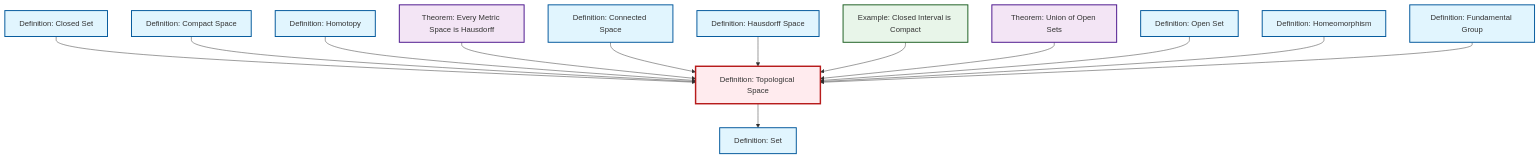
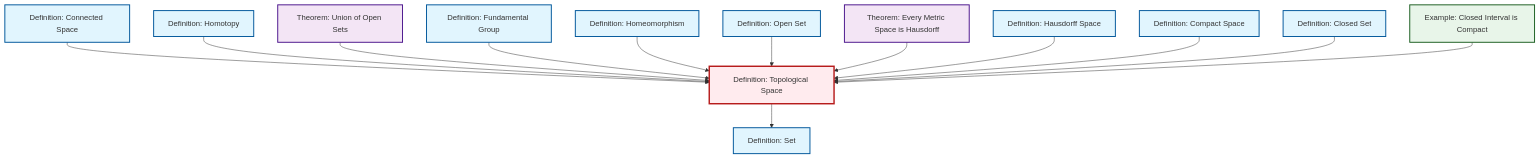
One commit to RK0429/ModernMath changed the diagram in content/en/topology/def-topological-space.qmd. Above: the diagram before and after it, drawn with Mermaid. The commit also changed other lines of this file and 672 other files, not shown here.

````diff
--- a/content/en/topology/def-topological-space.qmd
+++ b/content/en/topology/def-topological-space.qmd
@@ -60,47 +60,47 @@
 ```{mermaid}
 %%| fig-cap: "Local dependency graph"
 graph TD
     classDef definition fill:#e1f5fe,stroke:#01579b,stroke-width:2px
     classDef theorem fill:#f3e5f5,stroke:#4a148c,stroke-width:2px
     classDef axiom fill:#fff3e0,stroke:#e65100,stroke-width:2px
     classDef example fill:#e8f5e9,stroke:#1b5e20,stroke-width:2px
     classDef current fill:#ffebee,stroke:#b71c1c,stroke-width:3px
+    def-set["Definition: Set"]:::definition
+    def-topological-space["Definition: Topological Space"]:::definition
+    def-compact["Definition: Compact Space"]:::definition
+    def-homeomorphism["Definition: Homeomorphism"]:::definition
+    def-closed-set["Definition: Closed Set"]:::definition
+    thm-metric-hausdorff["Theorem: Every Metric Space is Hausdorff"]:::theorem
+    thm-union-open-sets["Theorem: Union of Open Sets"]:::theorem
+    def-homotopy["Definition: Homotopy"]:::definition
+    ex-closed-interval-compact["Example: Closed Interval is Compact"]:::example
+    def-open-set["Definition: Open Set"]:::definition
     def-fundamental-group["Definition: Fundamental Group"]:::definition
+    def-hausdorff["Definition: Hausdorff Space"]:::definition
     def-connected["Definition: Connected Space"]:::definition
-    def-homotopy["Definition: Homotopy"]:::definition
-    def-open-set["Definition: Open Set"]:::definition
-    def-set["Definition: Set"]:::definition
-    def-homeomorphism["Definition: Homeomorphism"]:::definition
-    thm-metric-hausdorff["Theorem: Every Metric Space is Hausdorff"]:::theorem
-    def-topological-space["Definition: Topological Space"]:::definition
-    thm-union-open-sets["Theorem: Union of Open Sets"]:::theorem
-    def-closed-set["Definition: Closed Set"]:::definition
-    def-hausdorff["Definition: Hausdorff Space"]:::definition
-    ex-closed-interval-compact["Example: Closed Interval is Compact"]:::example
-    def-compact["Definition: Compact Space"]:::definition
+    def-connected --> def-topological-space
+    def-homotopy --> def-topological-space
+    thm-union-open-sets --> def-topological-space
+    def-fundamental-group --> def-topological-space
+    def-topological-space --> def-set
+    def-homeomorphism --> def-topological-space
+    def-open-set --> def-topological-space
+    thm-metric-hausdorff --> def-topological-space
+    def-hausdorff --> def-topological-space
+    def-compact --> def-topological-space
     def-closed-set --> def-topological-space
-    def-compact --> def-topological-space
-    def-homotopy --> def-topological-space
-    thm-metric-hausdorff --> def-topological-space
-    def-connected --> def-topological-space
-    def-hausdorff --> def-topological-space
     ex-closed-interval-compact --> def-topological-space
-    def-topological-space --> def-set
-    thm-union-open-sets --> def-topological-space
-    def-open-set --> def-topological-space
-    def-homeomorphism --> def-topological-space
-    def-fundamental-group --> def-topological-space
     class def-topological-space current
-    click def-fundamental-group "def-fundamental-group.html" "Go to Fundamental Group definition"
-    click def-connected "def-connected.html" "Go to Connected Space definition"
-    click def-homotopy "def-homotopy.html" "Go to Homotopy definition"
-    click def-open-set "def-open-set.html" "Go to Open Set definition"
     click def-set "def-set.html" "Go to Set definition"
+    click def-compact "def-compact.html" "Go to Compact Space definition"
     click def-homeomorphism "def-homeomorphism.html" "Go to Homeomorphism definition"
+    click def-closed-set "def-closed-set.html" "Go to Closed Set definition"
     click thm-metric-hausdorff "thm-metric-hausdorff.html" "Go to Every Metric Space is Hausdorff theorem"
     click thm-union-open-sets "thm-union-open-sets.html" "Go to Union of Open Sets theorem"
-    click def-closed-set "def-closed-set.html" "Go to Closed Set definition"
+    click def-homotopy "def-homotopy.html" "Go to Homotopy definition"
+    click ex-closed-interval-compact "ex-closed-interval-compact.html" "Go to Closed Interval is Compact example"
+    click def-open-set "def-open-set.html" "Go to Open Set definition"
+    click def-fundamental-group "def-fundamental-group.html" "Go to Fundamental Group definition"
     click def-hausdorff "def-hausdorff.html" "Go to Hausdorff Space definition"
-    click ex-closed-interval-compact "ex-closed-interval-compact.html" "Go to Closed Interval is Compact example"
-    click def-compact "def-compact.html" "Go to Compact Space definition"
+    click def-connected "def-connected.html" "Go to Connected Space definition"
 ```
````
